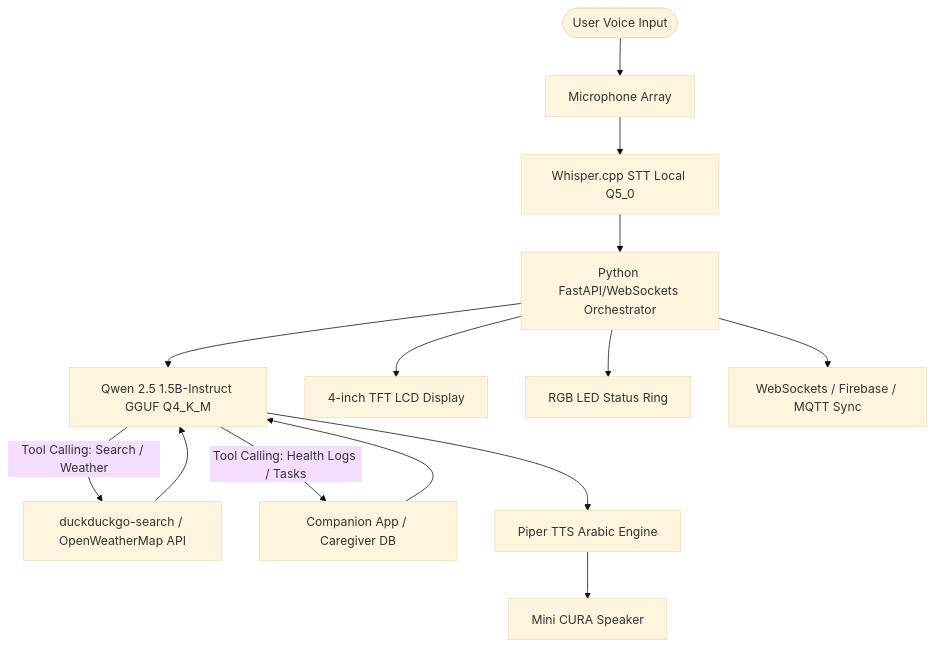
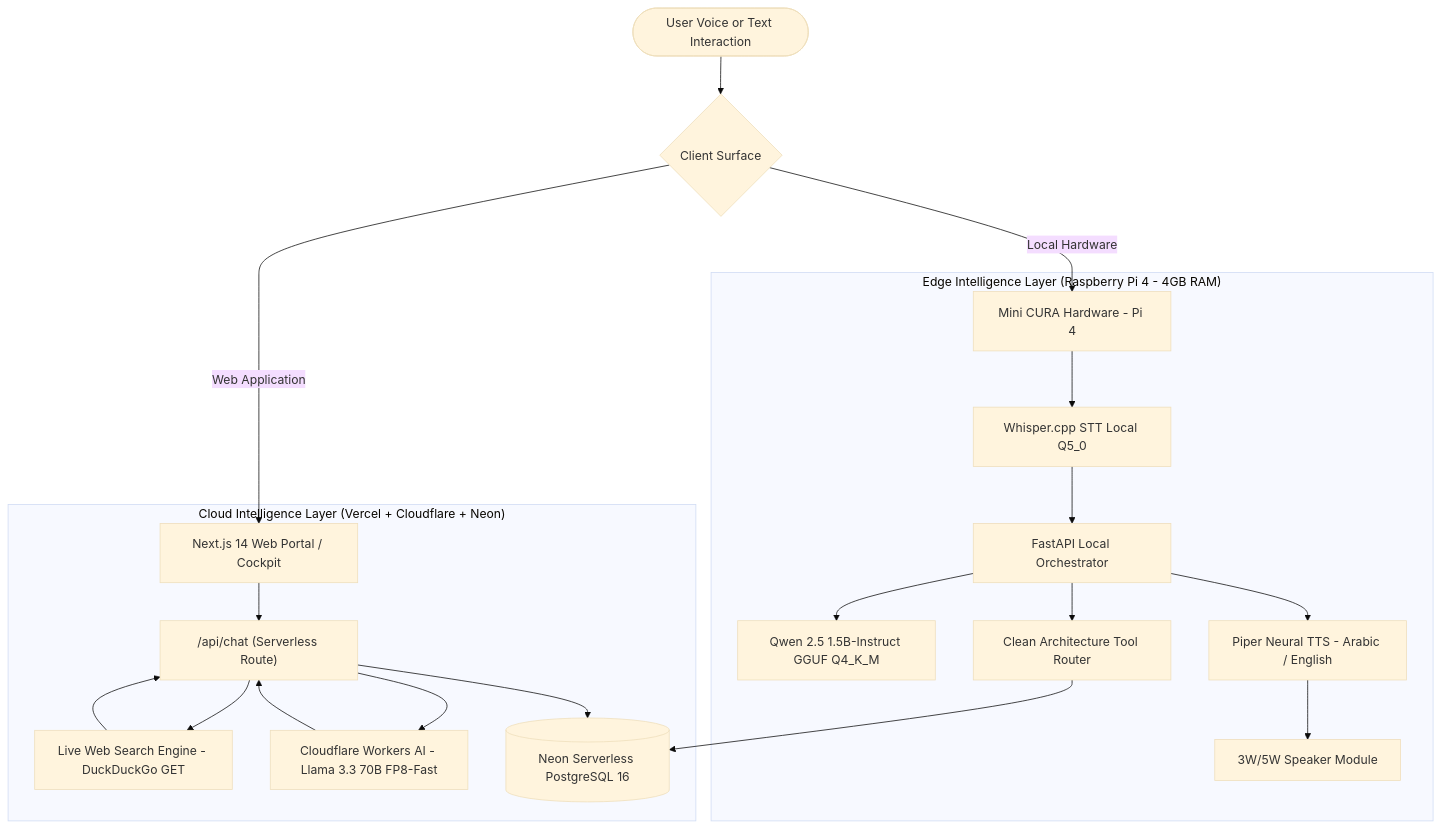
Before and after one commit to killerfrost2004u/Cura: the diagram in README.md, drawn with Mermaid (base theme). The commit also changed other lines of this file, not shown here.

Commit message:
docs: update README with hybrid architecture, Claude Fable prompt standards, Neon 13 tables, live web search, and 24/24 unit test results

````diff
--- a/README.md
+++ b/README.md
@@ -55,21 +67,27 @@
 ```mermaid
 graph TD
-    User([User Voice Input]) --> Mic[Microphone Array]
-    Mic --> Whisper[Whisper.cpp STT Local Q5_0]
-    Whisper --> Orchestrator[Python FastAPI/WebSockets Orchestrator]
+    User([User Voice or Text Interaction]) --> Gateway{Client Surface}
     
-    Orchestrator --> Qwen[Qwen 2.5 1.5B-Instruct GGUF Q4_K_M]
+    Gateway -->|Web Application| NextApp[Next.js 14 Web Portal / Cockpit]
+    Gateway -->|Local Hardware| PiDevice[Mini CURA Hardware - Pi 4]
     
-    Qwen -->|Tool Calling: Search / Weather| WebTools[duckduckgo-search / OpenWeatherMap API]
-    Qwen -->|Tool Calling: Health Logs / Tasks| AppAPI[Companion App / Caregiver DB]
+    subgraph "Cloud Intelligence Layer (Vercel + Cloudflare + Neon)"
+        NextApp --> ChatAPI["/api/chat (Serverless Route)"]
+        ChatAPI --> LiveSearch[Live Web Search Engine - DuckDuckGo GET]
+        ChatAPI --> CloudflareAI[Cloudflare Workers AI - Llama 3.3 70B FP8-Fast]
+        ChatAPI --> NeonDB[(Neon Serverless PostgreSQL 16)]
+    end
     
-    WebTools --> Qwen
-    AppAPI --> Qwen
+    subgraph "Edge Intelligence Layer (Raspberry Pi 4 - 4GB RAM)"
+        PiDevice --> WhisperCPP[Whisper.cpp STT Local Q5_0]
+        WhisperCPP --> FastAPIServer[FastAPI Local Orchestrator]
+        FastAPIServer --> LocalQwen[Qwen 2.5 1.5B-Instruct GGUF Q4_K_M]
+        FastAPIServer --> ToolRouter[Clean Architecture Tool Router]
+        ToolRouter --> NeonDB
+        FastAPIServer --> PiperTTS[Piper Neural TTS - Arabic / English]
+        PiperTTS --> Speaker[3W/5W Speaker Module]
+    end
     
-    Qwen --> Piper[Piper TTS Arabic Engine]
-    Piper --> Speaker[Mini CURA Speaker]
-    
-    Orchestrator --> Screen[4-inch TFT LCD Display]
-    Orchestrator --> LED[RGB LED Status Ring]
-    Orchestrator --> Cloud[WebSockets / Firebase / MQTT Sync]
+    LiveSearch --> ChatAPI
+    CloudflareAI --> ChatAPI
 ```
````
